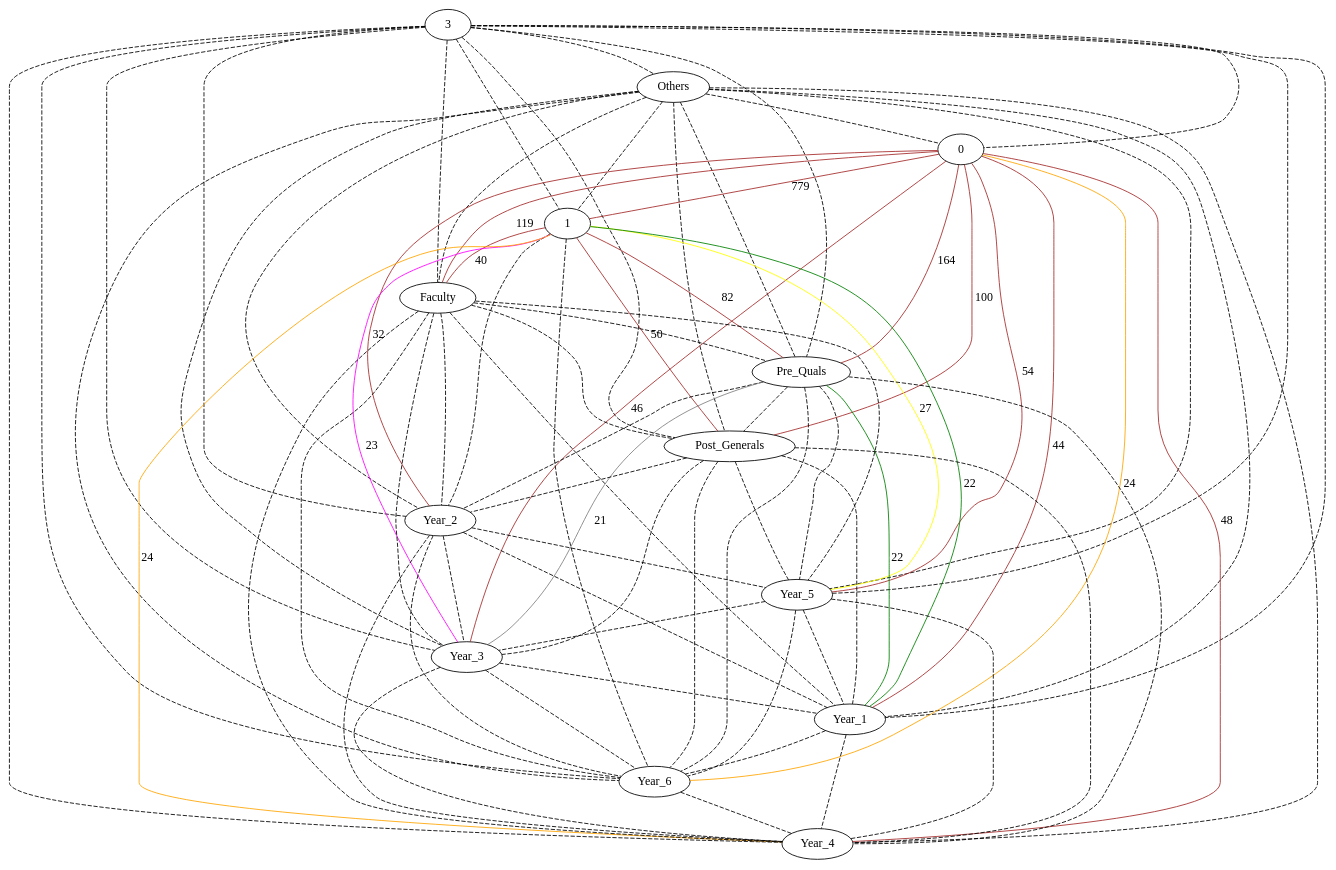
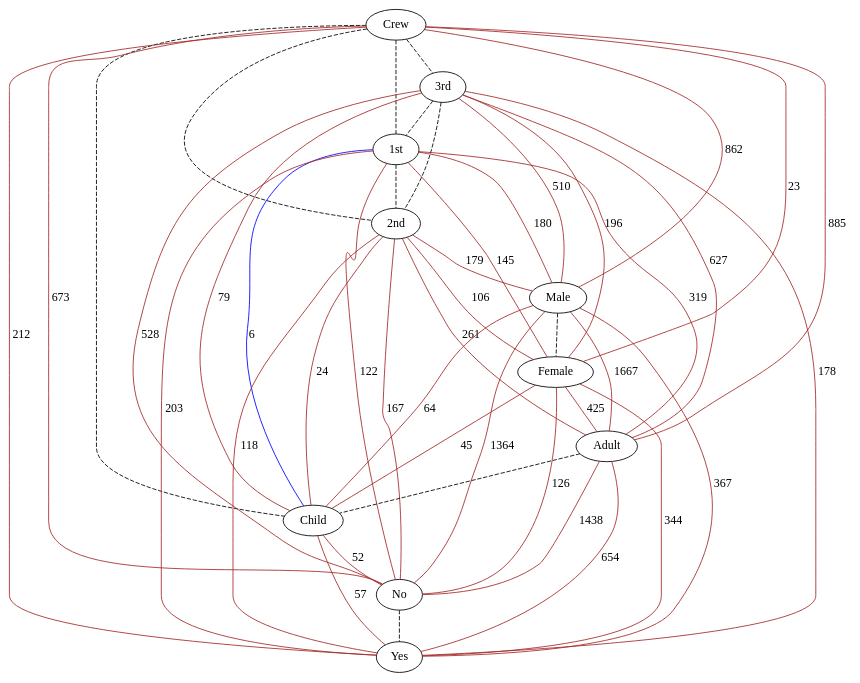
Before and after one commit to lrodrin/TFG: the diagram in src/extension/linearGraph.dot, drawn with Graphviz. The commit also changed 24 other files, not shown here.

```diff
--- a/src/extension/linearGraph.dot
+++ b/src/extension/linearGraph.dot
@@ -1,93 +1,57 @@
-strict graph "()" {
-3;
-Others;
-0;
-1;
-Faculty;
-Pre_Quals;
-Post_Generals;
-Year_2;
-Year_5;
-Year_3;
-Year_1;
-Year_6;
-Year_4;
-3 -- Others  [color=black, label="", style=dashed];
-3 -- 0  [color=black, label="", style=dashed];
-3 -- 1  [color=black, label="", style=dashed];
-3 -- Faculty  [color=black, label="", style=dashed];
-3 -- Pre_Quals  [color=black, label="", style=dashed];
-3 -- Post_Generals  [color=black, label="", style=dashed];
-3 -- Year_2  [color=black, label="", style=dashed];
-3 -- Year_5  [color=black, label="", style=dashed];
-3 -- Year_3  [color=black, label="", style=dashed];
-3 -- Year_1  [color=black, label="", style=dashed];
-3 -- Year_6  [color=black, label="", style=dashed];
-3 -- Year_4  [color=black, label="", style=dashed];
-Others -- 0  [color=black, label="", style=dashed];
-Others -- 1  [color=black, label="", style=dashed];
-Others -- Faculty  [color=black, label="", style=dashed];
-Others -- Pre_Quals  [color=black, label="", style=dashed];
-Others -- Post_Generals  [color=black, label="", style=dashed];
-Others -- Year_2  [color=black, label="", style=dashed];
-Others -- Year_5  [color=black, label="", style=dashed];
-Others -- Year_3  [color=black, label="", style=dashed];
-Others -- Year_1  [color=black, label="", style=dashed];
-Others -- Year_6  [color=black, label="", style=dashed];
-Others -- Year_4  [color=black, label="", style=dashed];
-0 -- 1  [color=brown, label=779, style=solid];
-0 -- Faculty  [color=brown, label=119, style=solid];
-0 -- Pre_Quals  [color=brown, label=164, style=solid];
-0 -- Post_Generals  [color=brown, label=100, style=solid];
-0 -- Year_2  [color=brown, label=32, style=solid];
-0 -- Year_5  [color=brown, label=54, style=solid];
-0 -- Year_3  [color=brown, label=46, style=solid];
-0 -- Year_1  [color=brown, label=44, style=solid];
-0 -- Year_6  [color=orange, label=24, style=solid];
-0 -- Year_4  [color=brown, label=48, style=solid];
-1 -- Faculty  [color=brown, label=40, style=solid];
-1 -- Pre_Quals  [color=brown, label=82, style=solid];
-1 -- Post_Generals  [color=brown, label=50, style=solid];
-1 -- Year_2  [color=black, label="", style=dashed];
-1 -- Year_5  [color=yellow, label=27, style=solid];
-1 -- Year_3  [color=magenta, label=23, style=solid];
-1 -- Year_1  [color=green, label=22, style=solid];
-1 -- Year_6  [color=black, label="", style=dashed];
-1 -- Year_4  [color=orange, label=24, style=solid];
-Faculty -- Pre_Quals  [color=black, label="", style=dashed];
-Faculty -- Post_Generals  [color=black, label="", style=dashed];
-Faculty -- Year_2  [color=black, label="", style=dashed];
-Faculty -- Year_5  [color=black, label="", style=dashed];
-Faculty -- Year_3  [color=black, label="", style=dashed];
-Faculty -- Year_1  [color=black, label="", style=dashed];
-Faculty -- Year_6  [color=black, label="", style=dashed];
-Faculty -- Year_4  [color=black, label="", style=dashed];
-Pre_Quals -- Post_Generals  [color=black, label="", style=dashed];
-Pre_Quals -- Year_2  [color=black, label="", style=dashed];
-Pre_Quals -- Year_5  [color=black, label="", style=dashed];
-Pre_Quals -- Year_3  [color=grey, label=21, style=solid];
-Pre_Quals -- Year_1  [color=green, label=22, style=solid];
-Pre_Quals -- Year_6  [color=black, label="", style=dashed];
-Pre_Quals -- Year_4  [color=black, label="", style=dashed];
-Post_Generals -- Year_2  [color=black, label="", style=dashed];
-Post_Generals -- Year_5  [color=black, label="", style=dashed];
-Post_Generals -- Year_3  [color=black, label="", style=dashed];
-Post_Generals -- Year_1  [color=black, label="", style=dashed];
-Post_Generals -- Year_6  [color=black, label="", style=dashed];
-Post_Generals -- Year_4  [color=black, label="", style=dashed];
-Year_2 -- Year_5  [color=black, label="", style=dashed];
-Year_2 -- Year_3  [color=black, label="", style=dashed];
-Year_2 -- Year_1  [color=black, label="", style=dashed];
-Year_2 -- Year_6  [color=black, label="", style=dashed];
-Year_2 -- Year_4  [color=black, label="", style=dashed];
-Year_5 -- Year_3  [color=black, label="", style=dashed];
-Year_5 -- Year_1  [color=black, label="", style=dashed];
-Year_5 -- Year_6  [color=black, label="", style=dashed];
-Year_5 -- Year_4  [color=black, label="", style=dashed];
-Year_3 -- Year_1  [color=black, label="", style=dashed];
-Year_3 -- Year_6  [color=black, label="", style=dashed];
-Year_3 -- Year_4  [color=black, label="", style=dashed];
-Year_1 -- Year_6  [color=black, label="", style=dashed];
-Year_1 -- Year_4  [color=black, label="", style=dashed];
-Year_6 -- Year_4  [color=black, label="", style=dashed];
+strict graph "" {
+Crew;
+"3rd";
+"1st";
+"2nd";
+Male;
+Female;
+Adult;
+Child;
+No;
+Yes;
+Crew -- "3rd"  [color=black, style=dashed];
+Crew -- "1st"  [color=black, style=dashed];
+Crew -- "2nd"  [color=black, style=dashed];
+Crew -- Male  [color=brown, label=862, style=solid];
+Crew -- Female  [color=brown, label=23, style=solid];
+Crew -- Adult  [color=brown, label=885, style=solid];
+Crew -- Child  [color=black, style=dashed];
+Crew -- No  [color=brown, label=673, style=solid];
+Crew -- Yes  [color=brown, label=212, style=solid];
+"3rd" -- "1st"  [color=black, style=dashed];
+"3rd" -- "2nd"  [color=black, style=dashed];
+"3rd" -- Male  [color=brown, label=510, style=solid];
+"3rd" -- Female  [color=brown, label=196, style=solid];
+"3rd" -- Adult  [color=brown, label=627, style=solid];
+"3rd" -- Child  [color=brown, label=79, style=solid];
+"3rd" -- No  [color=brown, label=528, style=solid];
+"3rd" -- Yes  [color=brown, label=178, style=solid];
+"1st" -- "2nd"  [color=black, style=dashed];
+"1st" -- Male  [color=brown, label=180, style=solid];
+"1st" -- Female  [color=brown, label=145, style=solid];
+"1st" -- Adult  [color=brown, label=319, style=solid];
+"1st" -- Child  [color=blue, label=6, style=solid];
+"1st" -- No  [color=brown, label=122, style=solid];
+"1st" -- Yes  [color=brown, label=203, style=solid];
+"2nd" -- Male  [color=brown, label=179, style=solid];
+"2nd" -- Female  [color=brown, label=106, style=solid];
+"2nd" -- Adult  [color=brown, label=261, style=solid];
+"2nd" -- Child  [color=brown, label=24, style=solid];
+"2nd" -- No  [color=brown, label=167, style=solid];
+"2nd" -- Yes  [color=brown, label=118, style=solid];
+Male -- Female  [color=black, style=dashed];
+Male -- Adult  [color=brown, label=1667, style=solid];
+Male -- Child  [color=brown, label=64, style=solid];
+Male -- No  [color=brown, label=1364, style=solid];
+Male -- Yes  [color=brown, label=367, style=solid];
+Female -- Adult  [color=brown, label=425, style=solid];
+Female -- Child  [color=brown, label=45, style=solid];
+Female -- No  [color=brown, label=126, style=solid];
+Female -- Yes  [color=brown, label=344, style=solid];
+Adult -- Child  [color=black, style=dashed];
+Adult -- No  [color=brown, label=1438, style=solid];
+Adult -- Yes  [color=brown, label=654, style=solid];
+Child -- No  [color=brown, label=52, style=solid];
+Child -- Yes  [color=brown, label=57, style=solid];
+No -- Yes  [color=black, style=dashed];
 }
```
